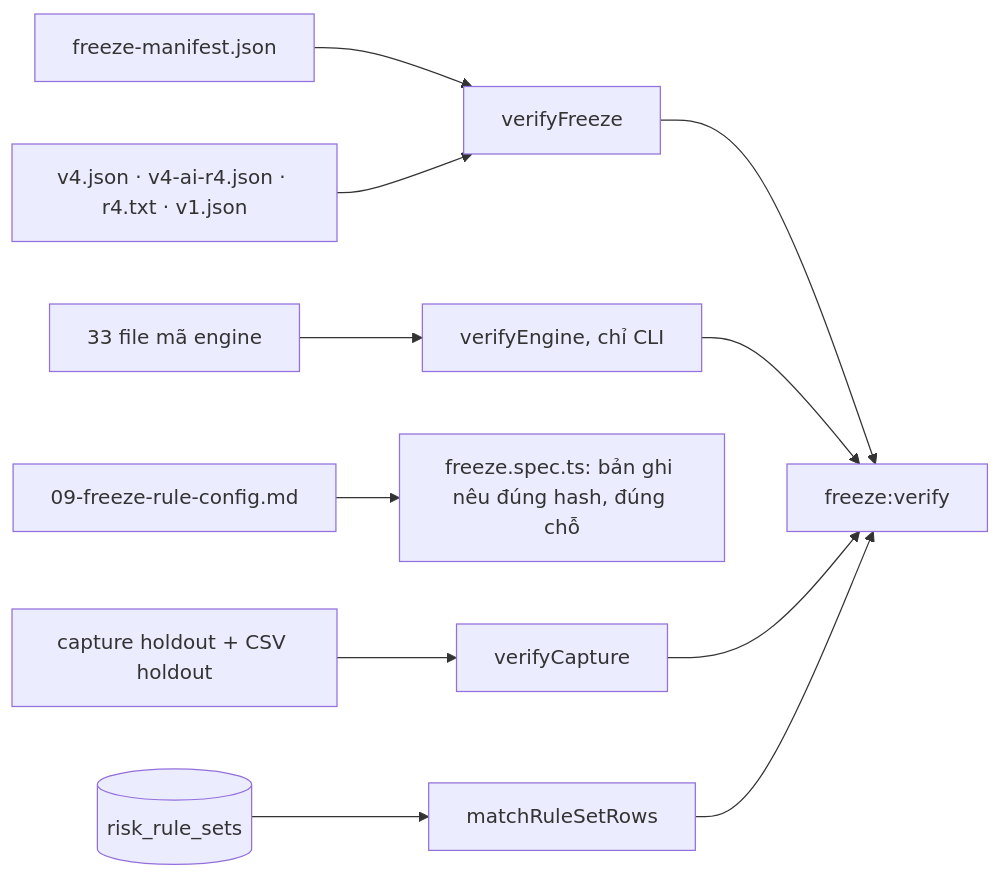
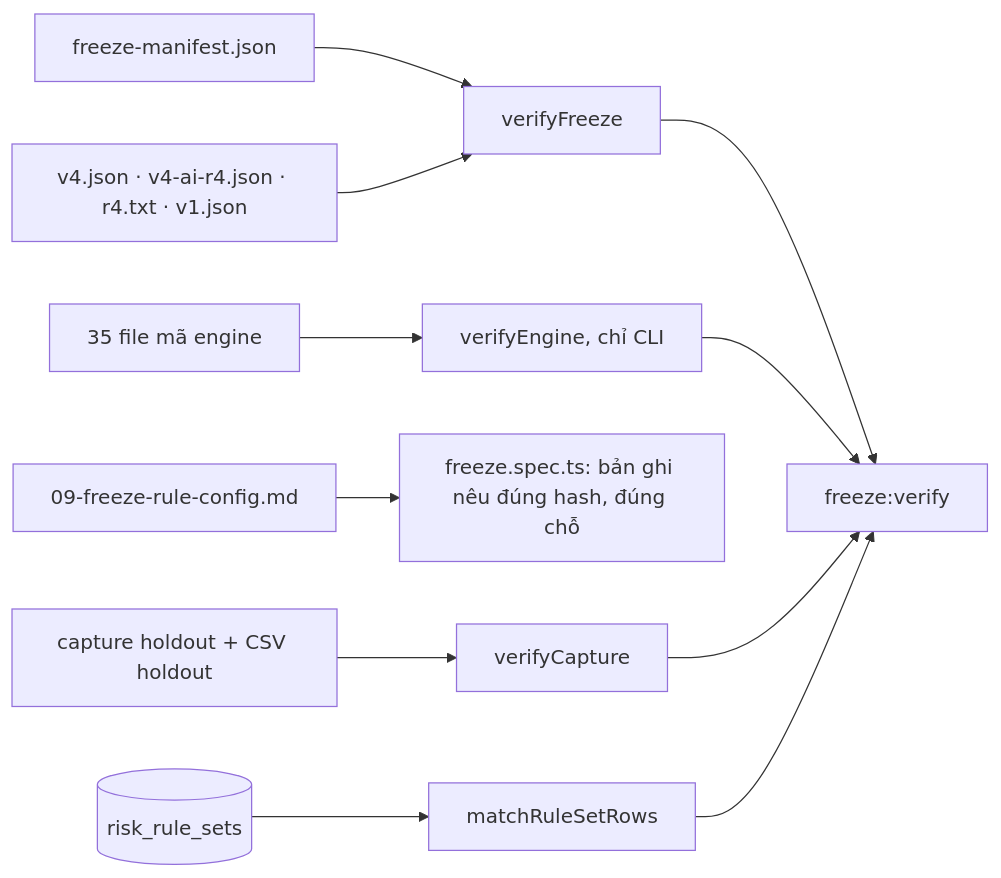
Before and after one commit to Lawliet119/digital-banking-simulator: the diagram in docs/features/DBS-168-freeze-rule-config.md, drawn with Mermaid. The commit also changed other lines of this file and 5 other files, not shown here.

````diff
--- a/docs/features/DBS-168-freeze-rule-config.md
+++ b/docs/features/DBS-168-freeze-rule-config.md
@@ -64,13 +65,13 @@
 ```mermaid
 flowchart LR
   M[freeze-manifest.json] --> V[verifyFreeze]
   F[v4.json · v4-ai-r4.json · r4.txt · v1.json] --> V
-  E[33 file mã engine] --> VE[verifyEngine, chỉ CLI]
+  E[35 file mã engine] --> VE[verifyEngine, chỉ CLI]
   D[09-freeze-rule-config.md] --> T[freeze.spec.ts: bản ghi nêu đúng hash, đúng chỗ]
   C[capture holdout + CSV holdout] --> VC[verifyCapture]
   DB[(risk_rule_sets)] --> MR[matchRuleSetRows]
   V --> CLI[freeze:verify]
   VE --> CLI
   VC --> CLI
   MR --> CLI
 ```
````
